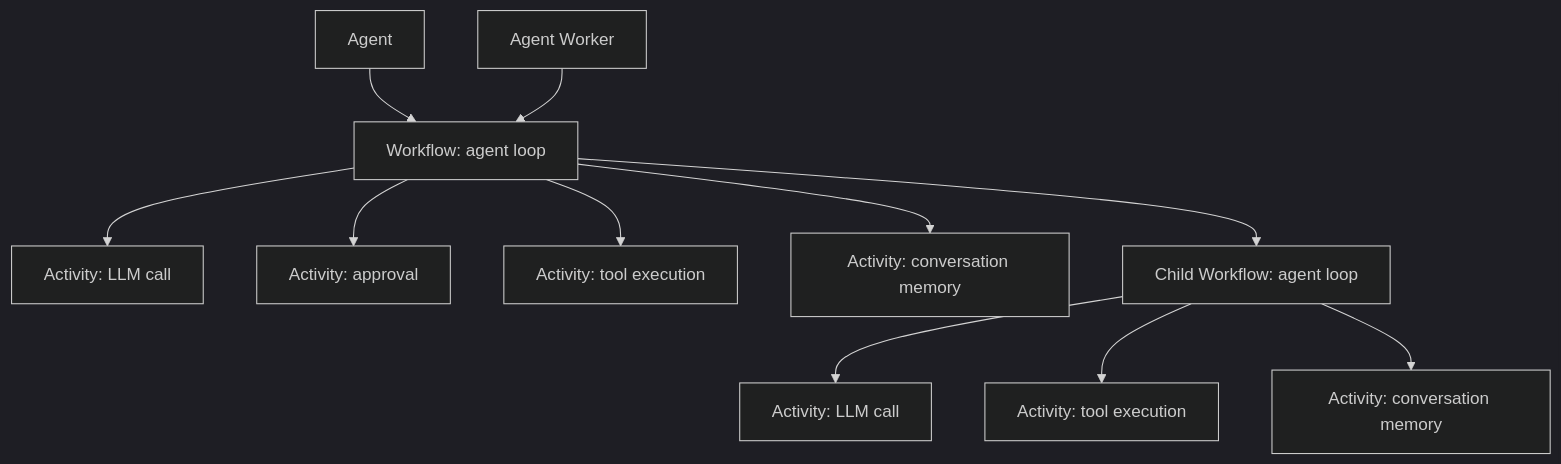
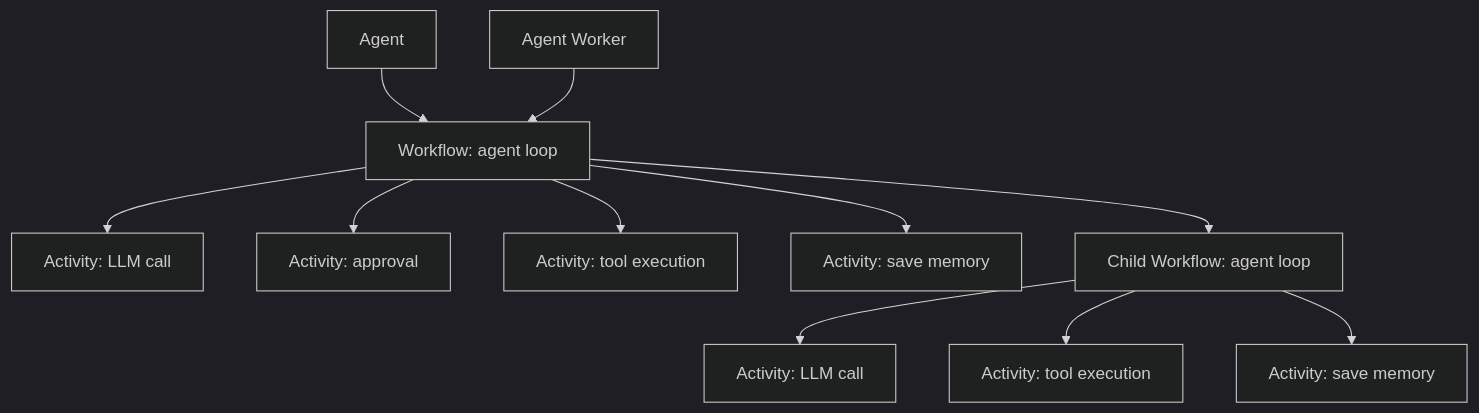
Before and after one commit to virinchiv/agent-sdk-go: the diagram in README.md, drawn with Mermaid (dark theme).

Commit message:
docs: README update

````diff
--- a/README.md
+++ b/README.md
@@ -43,13 +43,13 @@
 ```mermaid
 graph TD
     A[Agent] --> WF[Workflow: agent loop]
     W[Agent Worker] --> WF
     WF --> LLM[Activity: LLM call]
     WF --> Appr[Activity: approval]
     WF --> Tool[Activity: tool execution]
-    WF --> Mem[Activity: conversation memory]
+    WF --> Mem[Activity: save memory]
     WF --> Child[Child Workflow: agent loop]
     Child --> LLM2[Activity: LLM call]
     Child --> Tool2[Activity: tool execution]
-    Child --> Mem2[Activity: conversation memory]
+    Child --> Mem2[Activity: save memory]
 ```
````
